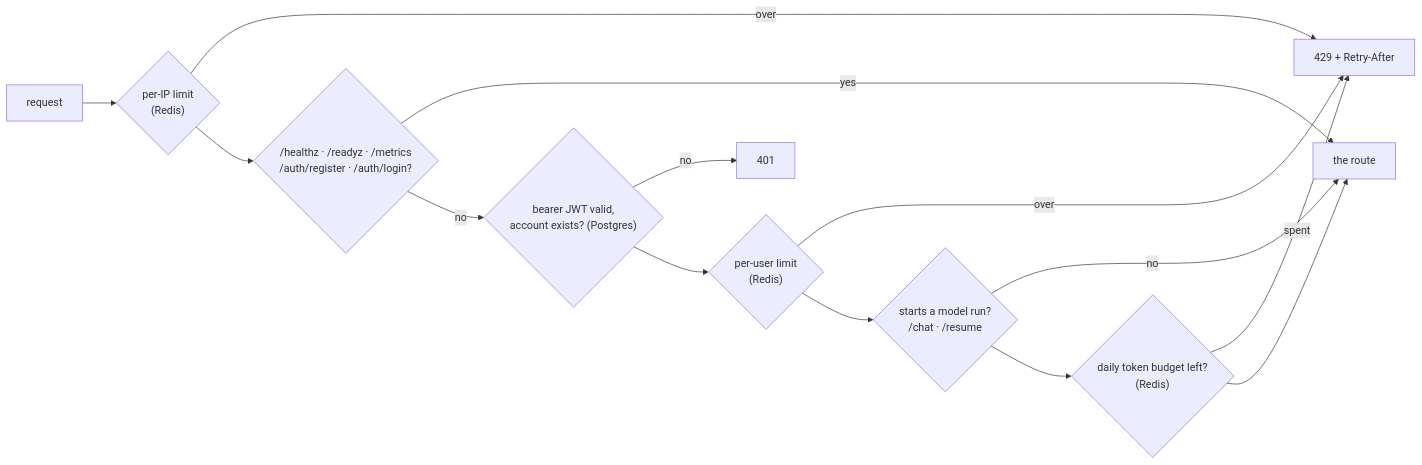
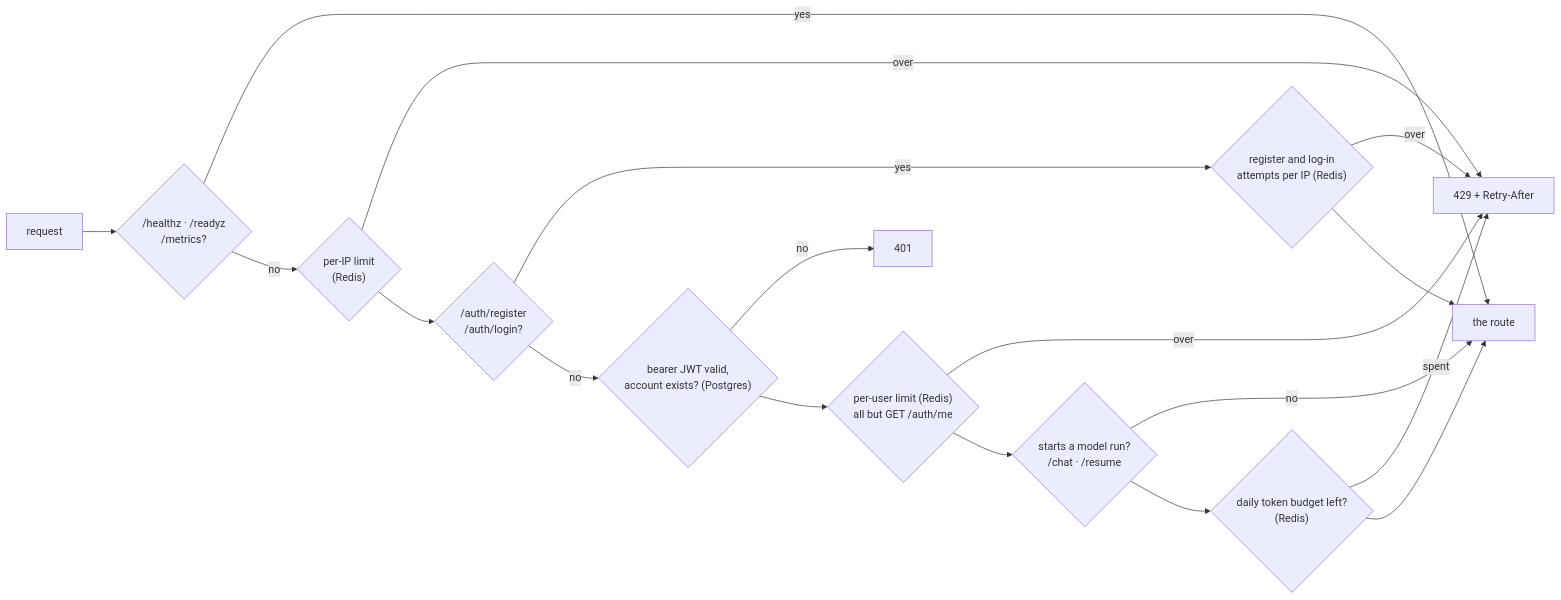
The first of 9 diagrams in docs/api.md (Anirudh1905/agentic-ai-chatbot), drawn with Mermaid before and after one commit. The commit also changed other lines of this file and 72 other files, not shown here.

````diff
--- a/docs/api.md
+++ b/docs/api.md
@@ -39,16 +39,20 @@
 ```mermaid
 flowchart LR
-    Req["request"] --> IP{"per-IP limit<br/>(Redis)"}
+    Req["request"] --> Health{"/healthz · /readyz<br/>/metrics?"}
+    Health -->|yes| Route["the route"]
+    Health -->|no| IP{"per-IP limit<br/>(Redis)"}
     IP -->|over| R429["429 + Retry-After"]
-    IP --> Public{"/healthz · /readyz · /metrics<br/>/auth/register · /auth/login?"}
-    Public -->|yes| Route["the route"]
-    Public -->|no| JWT{"bearer JWT valid,<br/>account exists? (Postgres)"}
+    IP --> Auth{"/auth/register<br/>/auth/login?"}
+    Auth -->|yes| Login{"register and log-in<br/>attempts per IP (Redis)"}
+    Login -->|over| R429
+    Login --> Route
+    Auth -->|no| JWT{"bearer JWT valid,<br/>account exists? (Postgres)"}
     JWT -->|no| R401["401"]
-    JWT --> User{"per-user limit<br/>(Redis)"}
+    JWT --> User{"per-user limit (Redis)<br/>all but GET /auth/me"}
     User -->|over| R429
     User --> Run{"starts a model run?<br/>/chat · /resume"}
     Run -->|no| Route
     Run --> Budget{"daily token budget left?<br/>(Redis)"}
     Budget -->|spent| R429
     Budget --> Route
 ```
````
